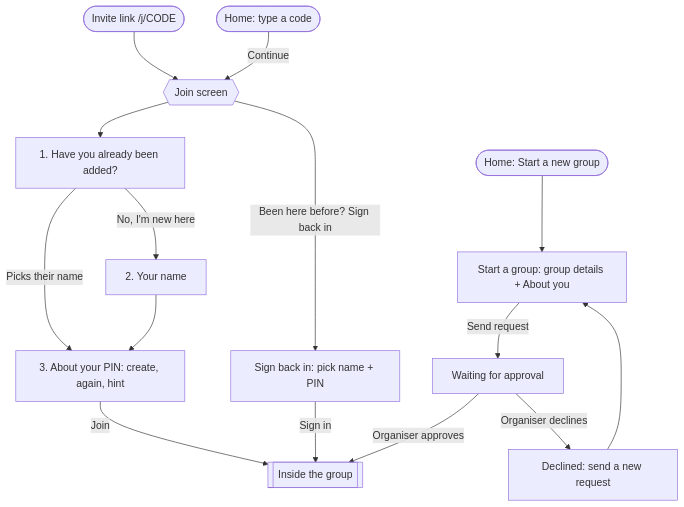
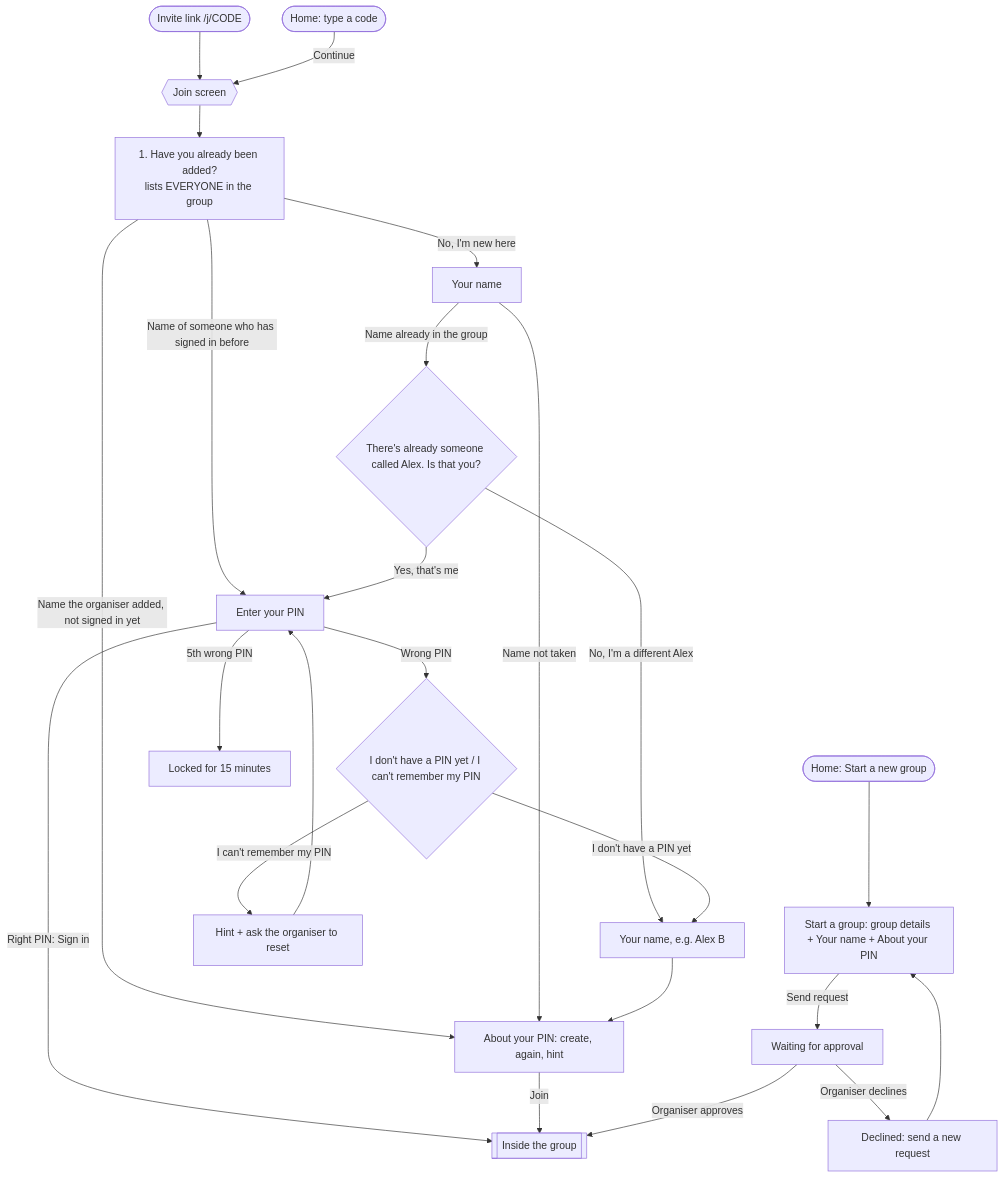
One commit to mattydphd704/sideproj changed the first of 3 diagrams in docs/UI_INTERACTION_MAPS.md. Above: the diagram before and after it, drawn with Mermaid. The commit also changed other lines of this file and 35 other files, not shown here.

First line of the commit message:
Round 3: resolve all prototype flags - dark-mode buttons, unified Join/sign-in with all-names dropdown, PIN help, Is-that-you check

````diff
--- a/docs/UI_INTERACTION_MAPS.md
+++ b/docs/UI_INTERACTION_MAPS.md
@@ -32,14 +32,22 @@
 ```mermaid
 flowchart TD
   E1([Invite link /j/CODE]) --> J
   E2([Home: type a code]) -->|Continue| J
-  E3([Home: Start a new group]) --> N[Start a group: group details + About you]
-  J{{Join screen}} --> A["1. Have you already been added?"]
-  A -->|Picks their name| P["3. About your PIN: create, again, hint"]
-  A -->|No, I'm new here| Y["2. Your name"] --> P
-  J -->|Been here before? Sign back in| R["Sign back in: pick name + PIN"]
-  P -->|Join| IN[[Inside the group]]
-  R -->|Sign in| IN
-  N -->|Send request| W[Waiting for approval] -->|Organiser approves| IN
-  W -->|Organiser declines| D[Declined: send a new request] --> N
+  E3([Home: Start a new group]) --> N[Start a group: group details + Your name + About your PIN]
+  J{{Join screen}} --> A["1. Have you already been added?<br/>lists EVERYONE in the group"]
+  A -->|"Name of someone who has signed in before"| S["Enter your PIN"]
+  A -->|"Name the organiser added, not signed in yet"| P["About your PIN: create, again, hint"]
+  A -->|"No, I'm new here"| Y["Your name"]
+  Y -->|"Name not taken"| P
+  Y -->|"Name already in the group"| Q{"There's already someone called Alex. Is that you?"}
+  Q -->|"Yes, that's me"| S
+  Q -->|"No, I'm a different Alex"| Y2["Your name, e.g. Alex B"] --> P
+  S -->|"Right PIN: Sign in"| IN[[Inside the group]]
+  S -->|"Wrong PIN"| W2{"I don't have a PIN yet / I can't remember my PIN"}
+  W2 -->|"I don't have a PIN yet"| Y2
+  W2 -->|"I can't remember my PIN"| H["Hint + ask the organiser to reset"] --> S
+  S -->|"5th wrong PIN"| L[Locked for 15 minutes]
+  P -->|Join| IN
+  N -->|Send request| WA[Waiting for approval] -->|Organiser approves| IN
+  WA -->|Organiser declines| D[Declined: send a new request] --> N
 ```
````
